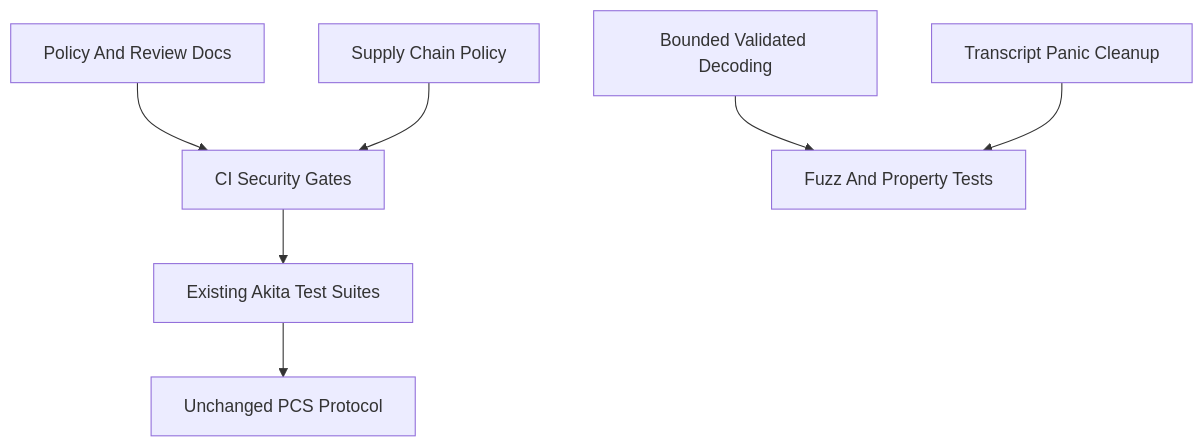
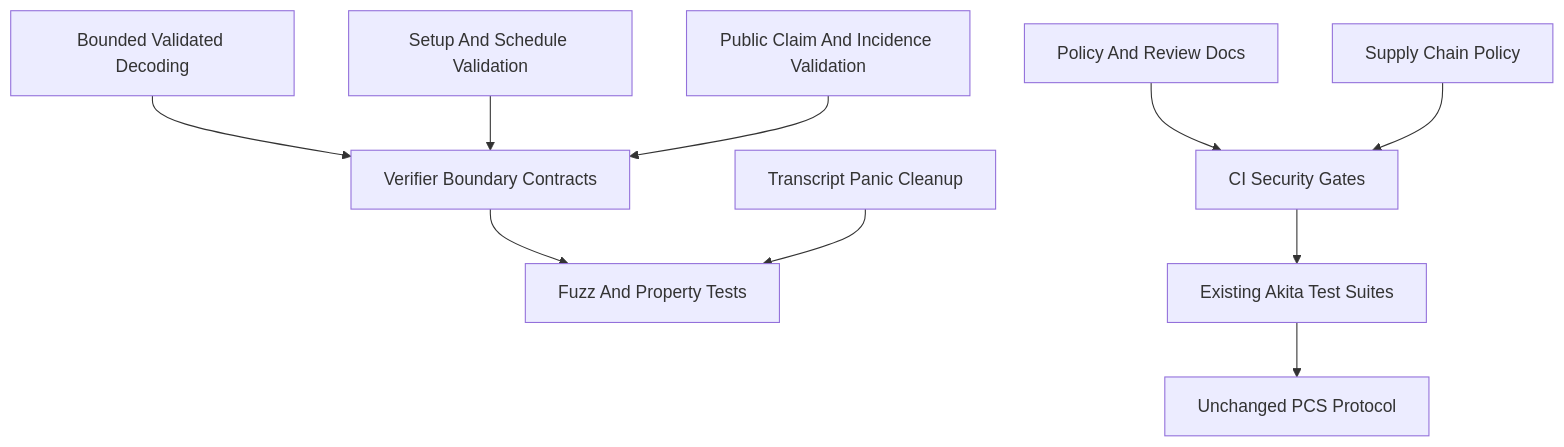
Before and after one commit to LayerZero-Labs/akita: the diagram in specs/security-hardening.md, drawn with Mermaid. The commit also changed other lines of this file and 4 other files, not shown here.

````diff
--- a/specs/security-hardening.md
+++ b/specs/security-hardening.md
@@ -106,9 +169,12 @@
 ```mermaid
 flowchart TD
     PolicyDocs["Policy And Review Docs"] --> CI["CI Security Gates"]
     SupplyChain["Supply Chain Policy"] --> CI
-    Serialization["Bounded Validated Decoding"] --> Fuzz["Fuzz And Property Tests"]
+    Serialization["Bounded Validated Decoding"] --> VerifierContracts["Verifier Boundary Contracts"]
+    Setup["Setup And Schedule Validation"] --> VerifierContracts
+    Claims["Public Claim And Incidence Validation"] --> VerifierContracts
+    VerifierContracts --> Fuzz["Fuzz And Property Tests"]
     Transcript["Transcript Panic Cleanup"] --> Fuzz
     CI --> ExistingSuites["Existing Akita Test Suites"]
     ExistingSuites --> Protocol["Unchanged PCS Protocol"]
 ```
````
